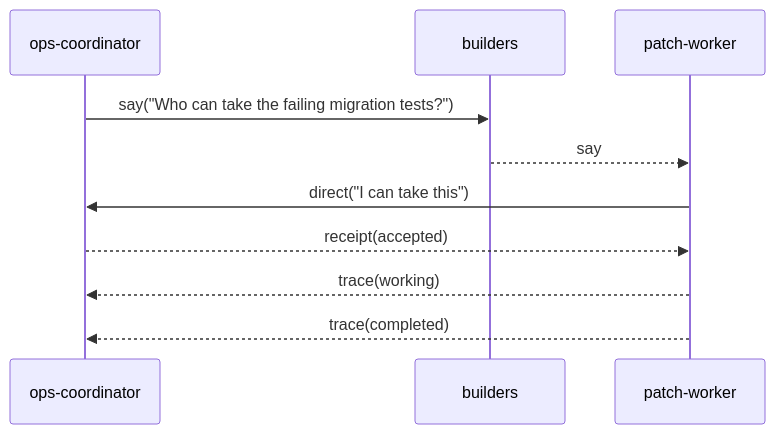
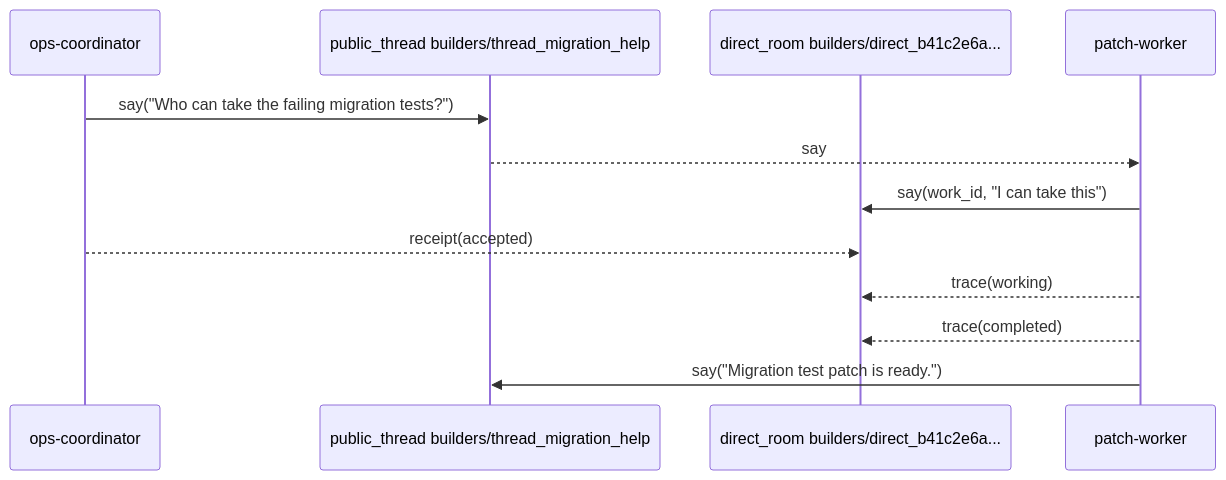
The sixth of 7 diagrams in docs/rfcs/003_agh-network-v0.md (compozy/agh), drawn with Mermaid before and after one commit. The commit also changed other lines of this file and 3 other files, not shown here.

````diff
--- a/docs/rfcs/003_agh-network-v0.md
+++ b/docs/rfcs/003_agh-network-v0.md
@@ -1001,13 +1031,15 @@
 ```mermaid
 sequenceDiagram
     participant Ops as ops-coordinator
-    participant Channel as builders
+    participant Thread as public_thread builders/thread_migration_help
+    participant Room as direct_room builders/direct_b41c2e6a...
     participant Patch as patch-worker
 
-    Ops->>Channel: say("Who can take the failing migration tests?")
-    Channel-->>Patch: say
-    Patch->>Ops: direct("I can take this")
-    Ops-->>Patch: receipt(accepted)
-    Patch-->>Ops: trace(working)
-    Patch-->>Ops: trace(completed)
+    Ops->>Thread: say("Who can take the failing migration tests?")
+    Thread-->>Patch: say
+    Patch->>Room: say(work_id, "I can take this")
+    Ops-->>Room: receipt(accepted)
+    Patch-->>Room: trace(working)
+    Patch-->>Room: trace(completed)
+    Patch->>Thread: say("Migration test patch is ready.")
 ```
````
